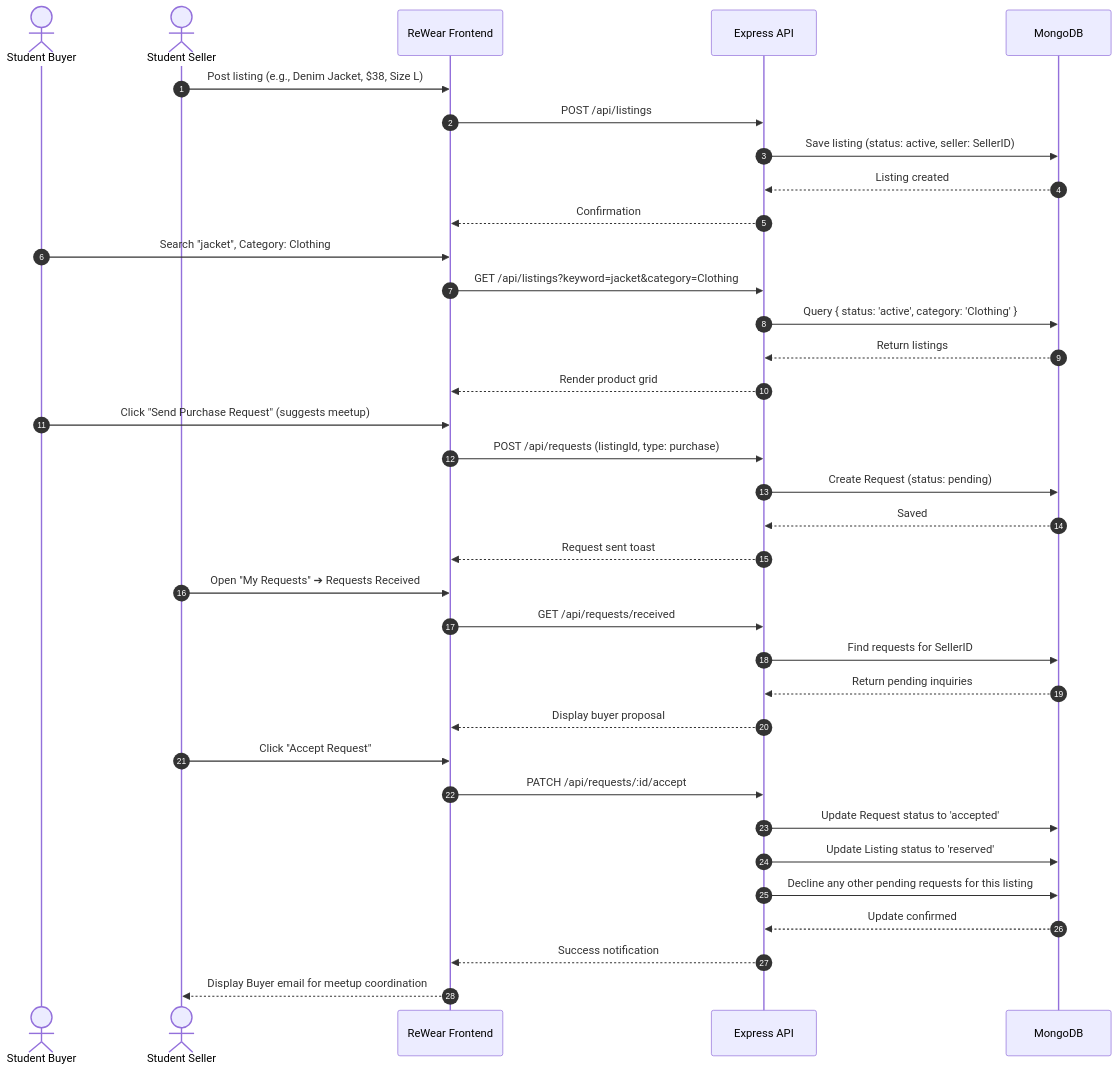
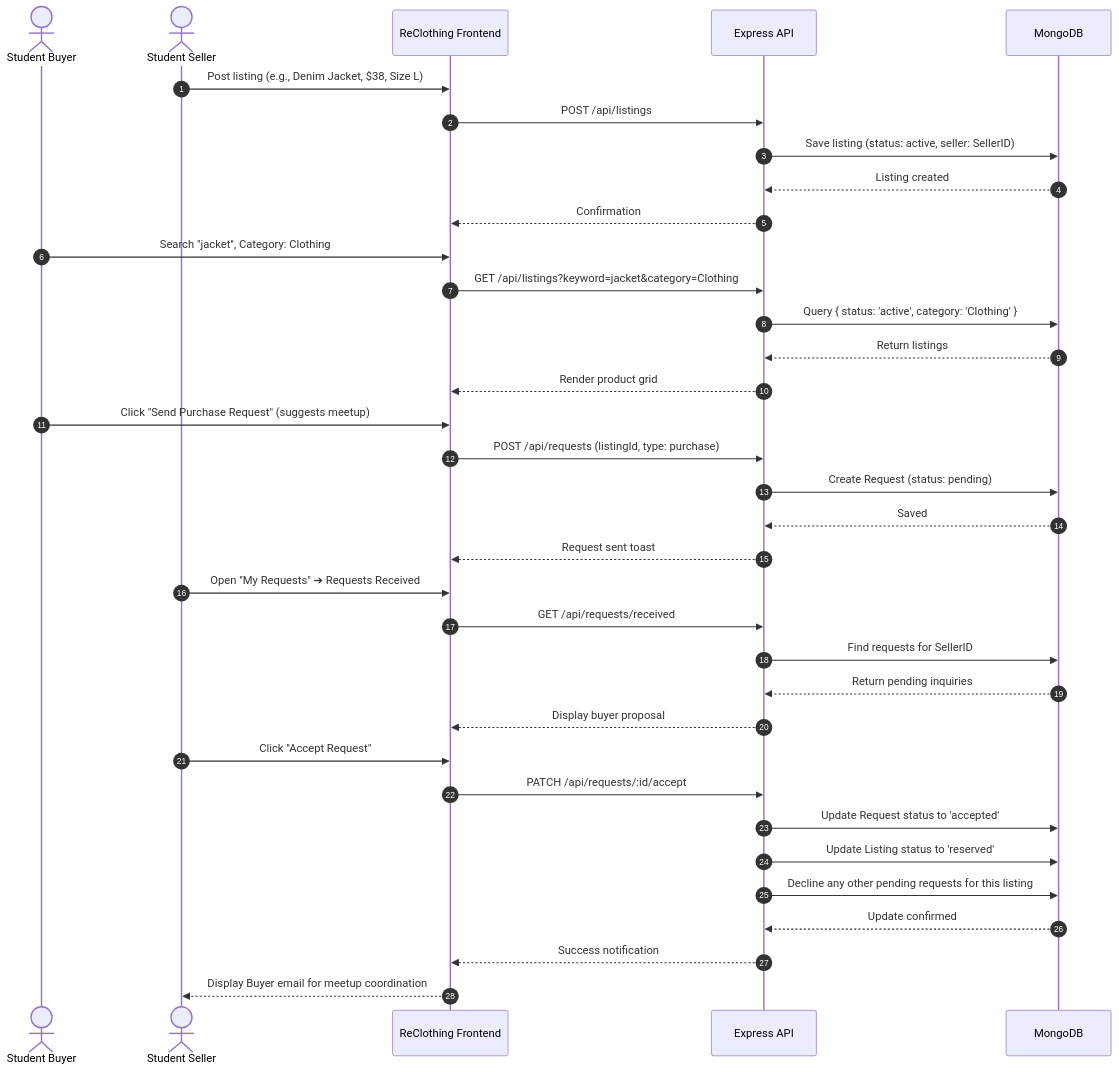
Before and after one commit to takshkalathiya/ReClothing: the second of 3 diagrams in docs/PROJECT_REPORT.md, drawn with Mermaid. The commit also changed other lines of this file and 24 other files, not shown here.

Commit message:
Rename project from ReWear to ReClothing

````diff
--- a/docs/PROJECT_REPORT.md
+++ b/docs/PROJECT_REPORT.md
@@ -129,42 +129,42 @@
 ```mermaid
 sequenceDiagram
     autonumber
     actor Buyer as Student Buyer
     actor Seller as Student Seller
-    participant Web as ReWear Frontend
+    participant Web as ReClothing Frontend
     participant API as Express API
     participant DB as MongoDB
 
     Seller->>Web: Post listing (e.g., Denim Jacket, $38, Size L)
     Web->>API: POST /api/listings
     API->>DB: Save listing (status: active, seller: SellerID)
     DB-->>API: Listing created
     API-->>Web: Confirmation
 
     Buyer->>Web: Search "jacket", Category: Clothing
     Web->>API: GET /api/listings?keyword=jacket&category=Clothing
     API->>DB: Query { status: 'active', category: 'Clothing' }
     DB-->>API: Return listings
     API-->>Web: Render product grid
 
     Buyer->>Web: Click "Send Purchase Request" (suggests meetup)
     Web->>API: POST /api/requests (listingId, type: purchase)
     API->>DB: Create Request (status: pending)
     DB-->>API: Saved
     API-->>Web: Request sent toast
 
     Seller->>Web: Open "My Requests" ➔ Requests Received
     Web->>API: GET /api/requests/received
     API->>DB: Find requests for SellerID
     DB-->>API: Return pending inquiries
     API-->>Web: Display buyer proposal
 
     Seller->>Web: Click "Accept Request"
     Web->>API: PATCH /api/requests/:id/accept
     API->>DB: Update Request status to 'accepted'
     API->>DB: Update Listing status to 'reserved'
     API->>DB: Decline any other pending requests for this listing
     DB-->>API: Update confirmed
     API-->>Web: Success notification
     Web-->>Seller: Display Buyer email for meetup coordination
 ```
````
